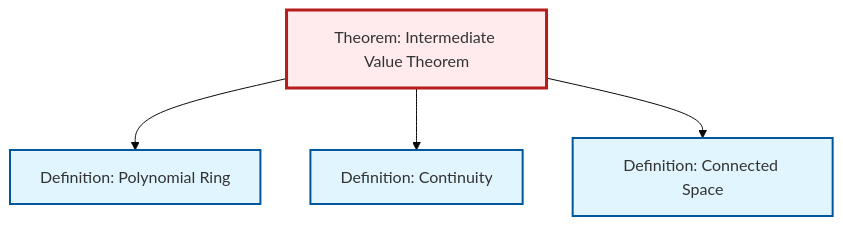
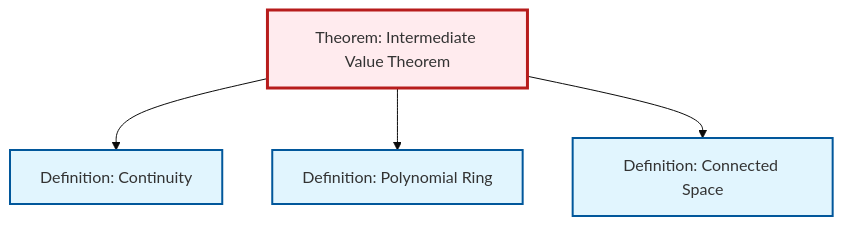
One commit to RK0429/ModernMath changed the diagram in content/en/topology/thm-intermediate-value.qmd. Above: the diagram before and after it, drawn with Mermaid (base theme). The commit also changed other lines of this file and 497 other files, not shown here.

````diff
--- a/content/en/topology/thm-intermediate-value.qmd
+++ b/content/en/topology/thm-intermediate-value.qmd
@@ -51,20 +51,20 @@
 ```{mermaid}
 %%| fig-cap: "Local dependency graph"
 graph TD
     classDef definition fill:#e1f5fe,stroke:#01579b,stroke-width:2px
     classDef theorem fill:#f3e5f5,stroke:#4a148c,stroke-width:2px
     classDef axiom fill:#fff3e0,stroke:#e65100,stroke-width:2px
     classDef example fill:#e8f5e9,stroke:#1b5e20,stroke-width:2px
     classDef current fill:#ffebee,stroke:#b71c1c,stroke-width:3px
     thm-intermediate-value["Theorem: Intermediate Value Theorem"]:::theorem
     def-continuity["Definition: Continuity"]:::definition
+    def-polynomial-ring["Definition: Polynomial Ring"]:::definition
     def-connected["Definition: Connected Space"]:::definition
-    def-polynomial-ring["Definition: Polynomial Ring"]:::definition
+    thm-intermediate-value --> def-continuity
     thm-intermediate-value --> def-polynomial-ring
-    thm-intermediate-value --> def-continuity
     thm-intermediate-value --> def-connected
     class thm-intermediate-value current
     click def-continuity "def-continuity.html" "Go to Continuity definition"
+    click def-polynomial-ring "def-polynomial-ring.html" "Go to Polynomial Ring definition"
     click def-connected "def-connected.html" "Go to Connected Space definition"
-    click def-polynomial-ring "def-polynomial-ring.html" "Go to Polynomial Ring definition"
 ```
````
